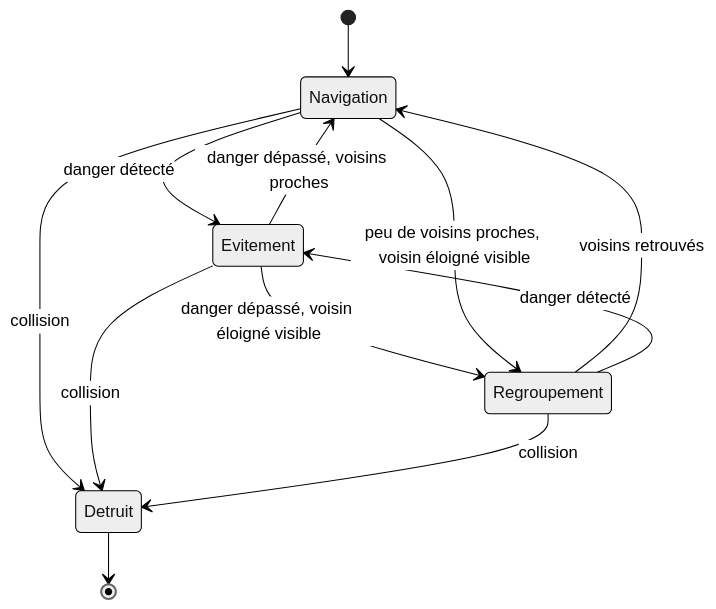
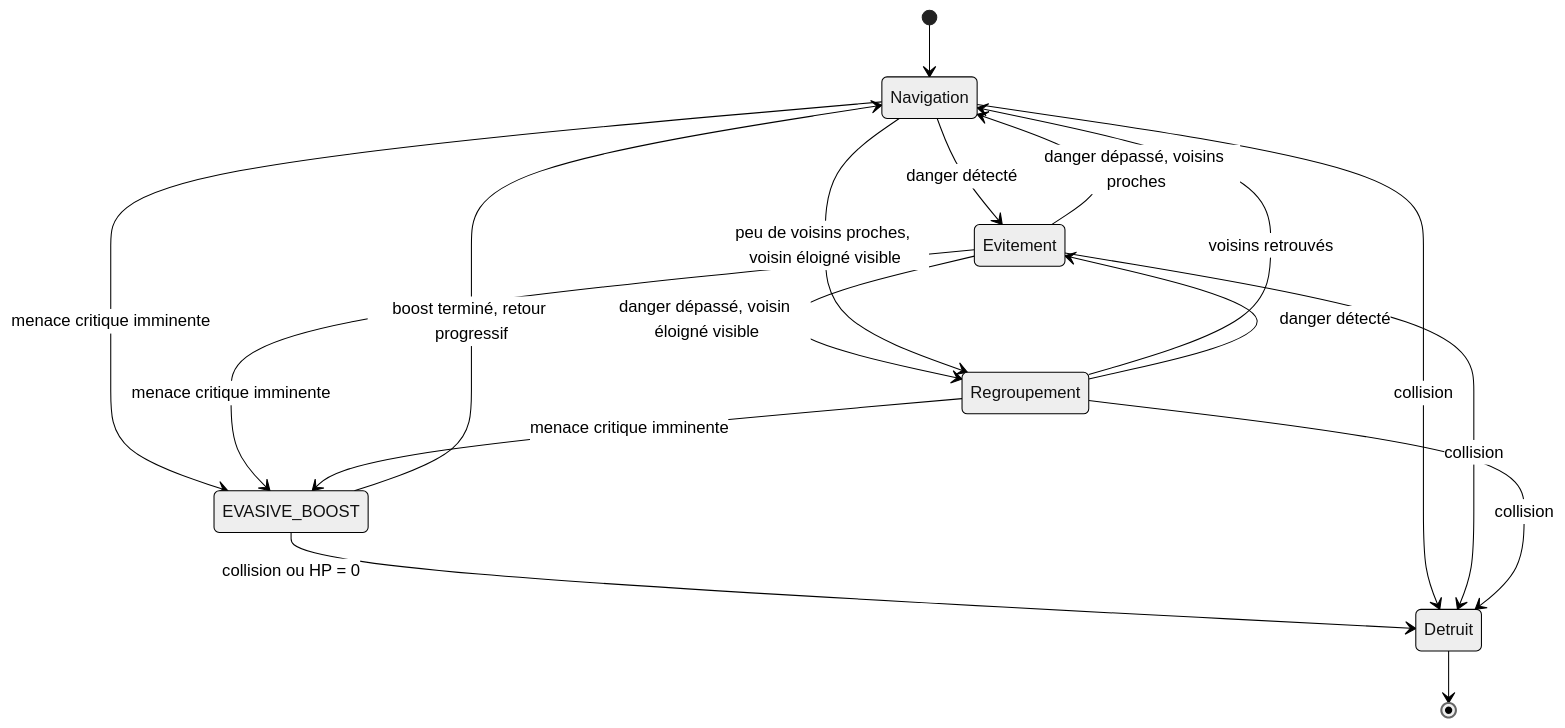
Before and after one commit to Hoarau-arnaud/Godot_M2_ILIADE: the third of 6 diagrams in RAPPORT.md, drawn with Mermaid (neutral theme). The commit also changed other lines of this file and 34 other files, not shown here.

````diff
--- a/RAPPORT.md
+++ b/RAPPORT.md
@@ -417,17 +434,23 @@
 ```mermaid
 stateDiagram-v2
     [*] --> Navigation
 
+    state "EVASIVE_BOOST" as Boost
+    Navigation --> Boost : menace critique imminente
+    Evitement --> Boost : menace critique imminente
+    Regroupement --> Boost : menace critique imminente
+    Boost --> Navigation : boost terminé, retour progressif
+    Boost --> Detruit : collision ou HP = 0
     Navigation --> Evitement : danger détecté
     Evitement --> Navigation : danger dépassé, voisins proches
     Evitement --> Regroupement : danger dépassé, voisin éloigné visible
     Navigation --> Regroupement : peu de voisins proches, voisin éloigné visible
     Regroupement --> Navigation : voisins retrouvés
     Regroupement --> Evitement : danger détecté
 
     Navigation --> Detruit : collision
     Evitement --> Detruit : collision
     Regroupement --> Detruit : collision
 
     Detruit --> [*]
 ```
````
